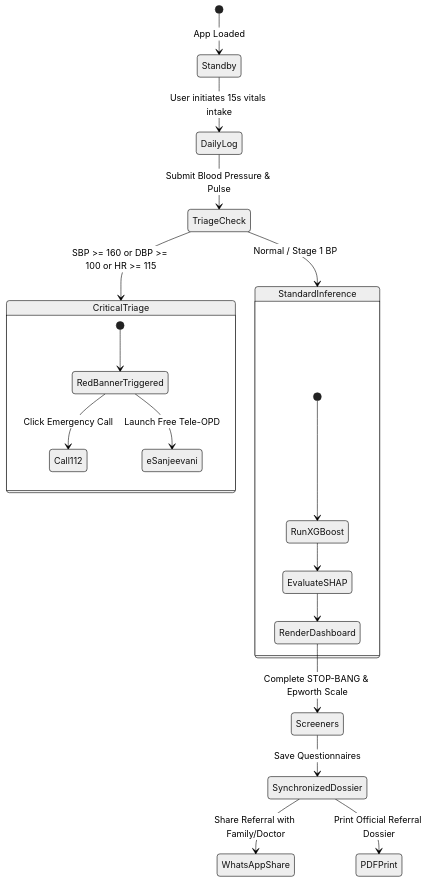
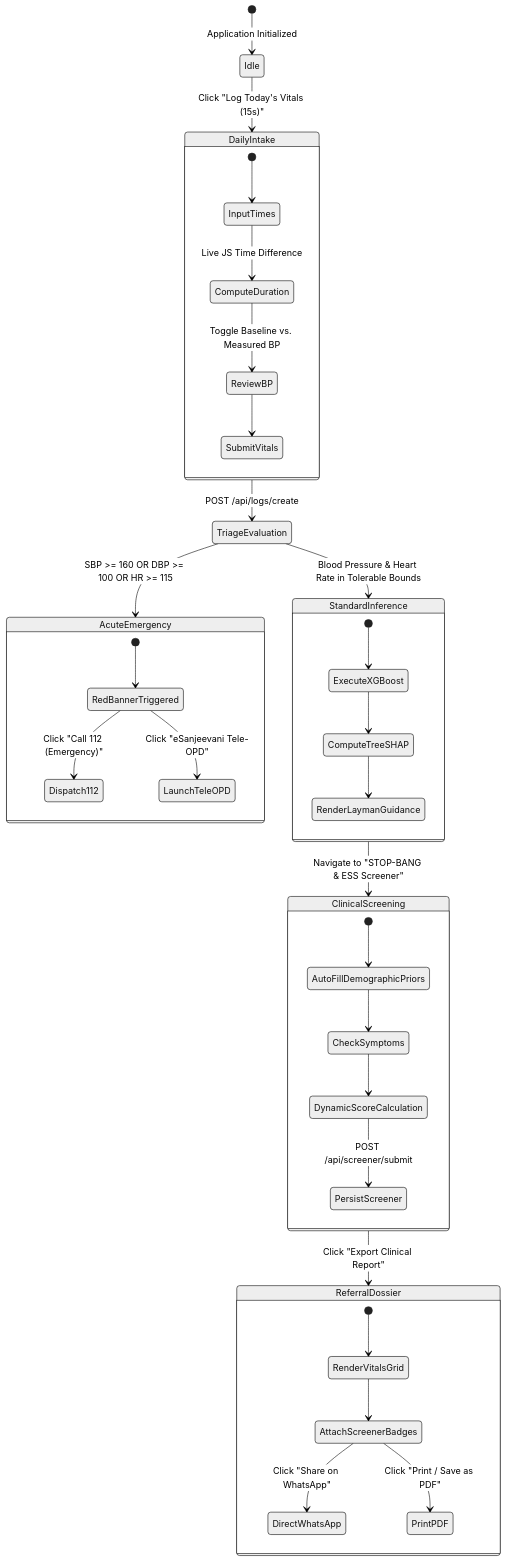
The third of 5 diagrams in PROJECT_REPORT.md (MasterRohitPatil/somnosense), drawn with Mermaid (neutral theme) before and after one commit. The commit also changed other lines of this file, not shown here.

Commit message:
docs: master architectural specification and clinical methodology dossier for SomnoSense

````diff
--- a/PROJECT_REPORT.md
+++ b/PROJECT_REPORT.md
@@ -190,27 +260,48 @@
 ```mermaid
 stateDiagram-v2
-    [*] --> Standby: App Loaded
-    Standby --> DailyLog: User initiates 15s vitals intake
-    DailyLog --> TriageCheck: Submit Blood Pressure & Pulse
+    [*] --> Idle: Application Initialized
+    Idle --> DailyIntake: Click "Log Today's Vitals (15s)"
+    
+    state DailyIntake {
+        [*] --> InputTimes
+        InputTimes --> ComputeDuration: Live JS Time Difference
+        ComputeDuration --> ReviewBP: Toggle Baseline vs. Measured BP
+        ReviewBP --> SubmitVitals
+    }
 
-    state TriageCheck <<choice>>
-    TriageCheck --> CriticalTriage: SBP >= 160 or DBP >= 100 or HR >= 115
-    TriageCheck --> StandardInference: Normal / Stage 1 BP
+    DailyIntake --> TriageEvaluation: POST /api/logs/create
 
-    state CriticalTriage {
+    state TriageEvaluation <<choice>>
+    TriageEvaluation --> AcuteEmergency: SBP >= 160 OR DBP >= 100 OR HR >= 115
+    TriageEvaluation --> StandardInference: Blood Pressure & Heart Rate in Tolerable Bounds
+
+    state AcuteEmergency {
         [*] --> RedBannerTriggered
-        RedBannerTriggered --> Call112: Click Emergency Call
-        RedBannerTriggered --> eSanjeevani: Launch Free Tele-OPD
+        RedBannerTriggered --> Dispatch112: Click "Call 112 (Emergency)"
+        RedBannerTriggered --> LaunchTeleOPD: Click "eSanjeevani Tele-OPD"
     }
 
     state StandardInference {
-        [*] --> RunXGBoost
-        RunXGBoost --> EvaluateSHAP
-        EvaluateSHAP --> RenderDashboard
+        [*] --> ExecuteXGBoost
+        ExecuteXGBoost --> ComputeTreeSHAP
+        ComputeTreeSHAP --> RenderLaymanGuidance
     }
 
-    RenderDashboard --> Screeners: Complete STOP-BANG & Epworth Scale
-    Screeners --> SynchronizedDossier: Save Questionnaires
-    SynchronizedDossier --> WhatsAppShare: Share Referral with Family/Doctor
-    SynchronizedDossier --> PDFPrint: Print Official Referral Dossier
+    StandardInference --> ClinicalScreening: Navigate to "STOP-BANG & ESS Screener"
+    
+    state ClinicalScreening {
+        [*] --> AutoFillDemographicPriors
+        AutoFillDemographicPriors --> CheckSymptoms
+        CheckSymptoms --> DynamicScoreCalculation
+        DynamicScoreCalculation --> PersistScreener: POST /api/screener/submit
+    }
+
+    ClinicalScreening --> ReferralDossier: Click "Export Clinical Report"
+    
+    state ReferralDossier {
+        [*] --> RenderVitalsGrid
+        RenderVitalsGrid --> AttachScreenerBadges
+        AttachScreenerBadges --> DirectWhatsApp: Click "Share on WhatsApp"
+        AttachScreenerBadges --> PrintPDF: Click "Print / Save as PDF"
+    }
 ```
````
